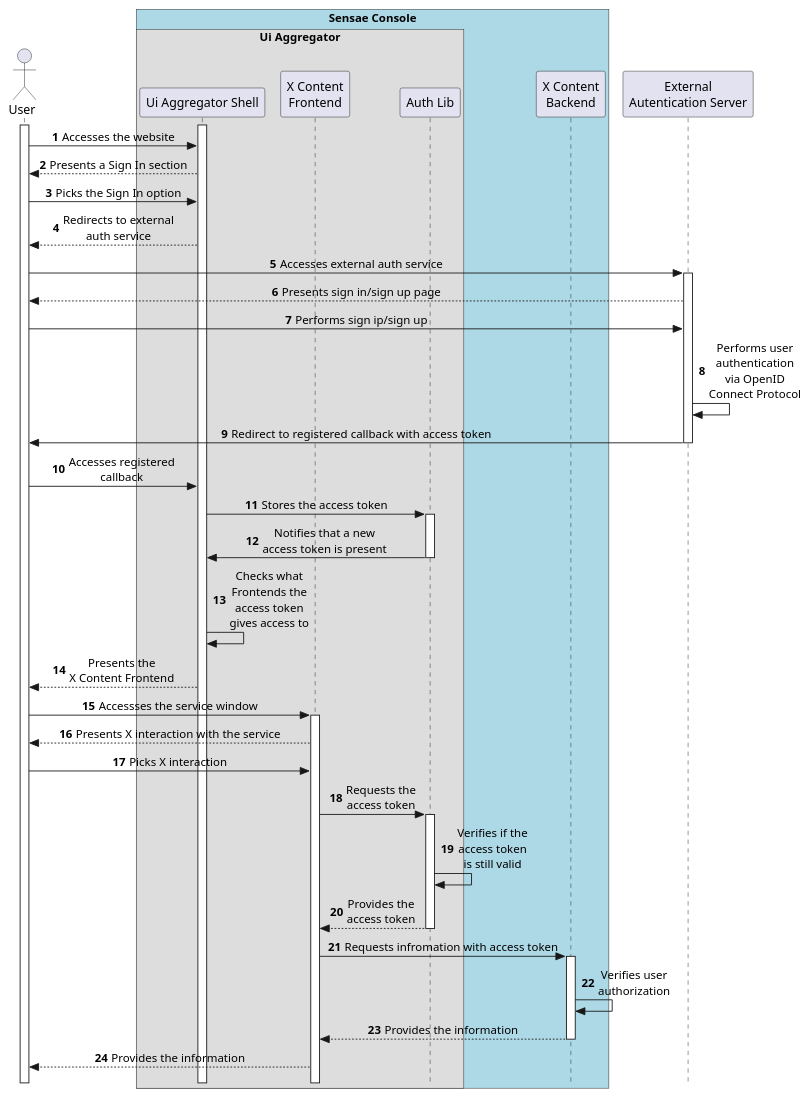
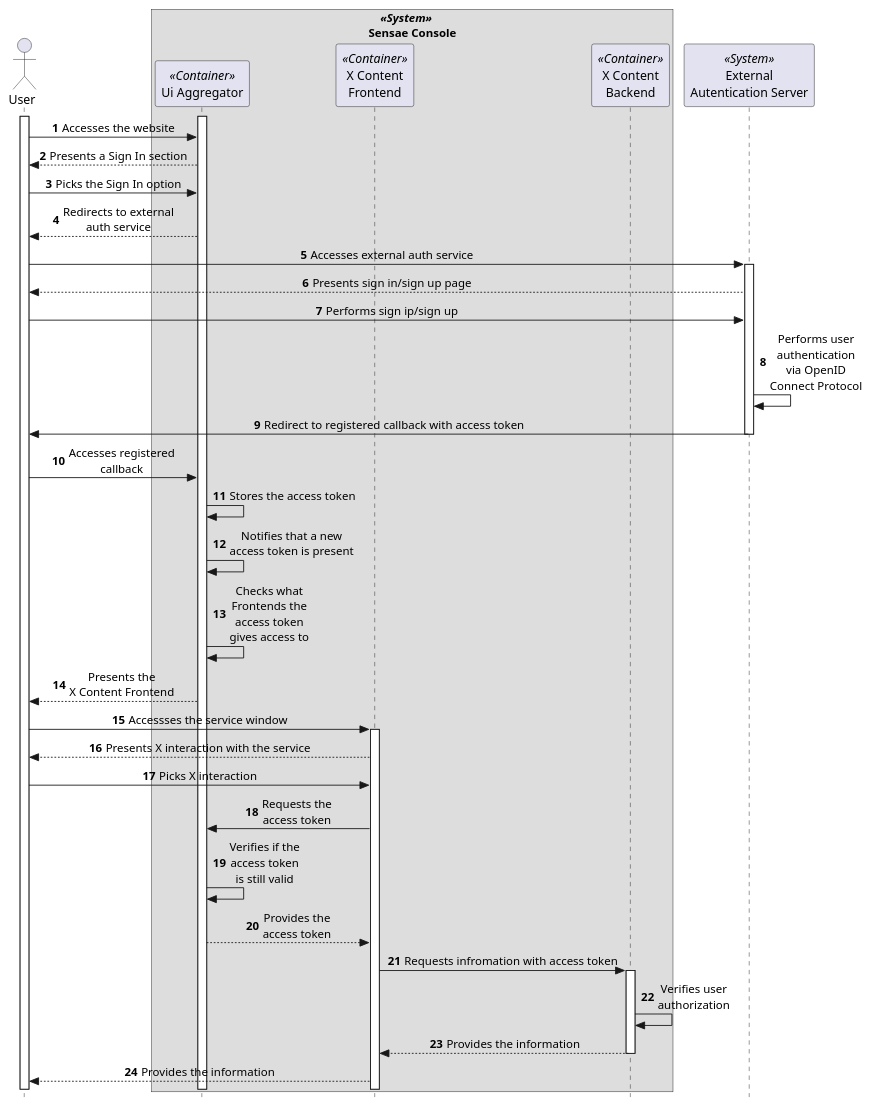
One commit to FilipeMCruz/dissertation changed the diagram in assets/diagrams/design/alternatives/auth/alternative2.pu. Above: the diagram before and after it, drawn with PlantUML. The commit also changed 165 other files, not shown here.

Commit message:
Fixed level 3 of design and some diagrams here and there

```diff
--- a/assets/diagrams/design/alternatives/auth/alternative2.pu
+++ b/assets/diagrams/design/alternatives/auth/alternative2.pu
@@ -1,55 +1,47 @@
 @startuml alternative2
 
 skinparam sequenceMessageAlign center
 skinparam style strictuml
 autonumber 1
-!pragma teoz true
 
 actor User
-box "Sensae Console" #LightBlue
-box "Ui Aggregator"
-participant "Ui Aggregator Shell" as AGGRE
-participant "X Content\nFrontend" as XFRONT
-participant "Auth Lib" as AUTHLIB
+box "    //<<System>>//\nSensae Console"
+participant "Ui Aggregator" as AGGRE <<Container>>
+participant "X Content\nFrontend" as XFRONT <<Container>>
+participant "X Content\nBackend" as XBACK <<Container>>
 end box
-participant "X Content\nBackend" as XBACK
-end box
-participant "External\nAutentication Server" as AUTHSERVER
+participant "External\nAutentication Server" as AUTHSERVER <<System>>
 
 activate AGGRE
 activate User
 
 User -> AGGRE: Accesses the website
 AGGRE --> User: Presents a Sign In section
 User -> AGGRE: Picks the Sign In option
 AGGRE --> User: Redirects to external\nauth service
 User -> AUTHSERVER: Accesses external auth service
 activate AUTHSERVER
 AUTHSERVER --> User: Presents sign in/sign up page
 User -> AUTHSERVER: Performs sign ip/sign up
 AUTHSERVER -> AUTHSERVER: Performs user\nauthentication\nvia OpenID\nConnect Protocol
 AUTHSERVER -> User: Redirect to registered callback with access token
 deactivate AUTHSERVER
 User -> AGGRE: Accesses registered\ncallback
-AGGRE -> AUTHLIB: Stores the access token
-activate AUTHLIB
-AUTHLIB -> AGGRE: Notifies that a new\naccess token is present
-deactivate AUTHLIB
+AGGRE -> AGGRE: Stores the access token
+AGGRE -> AGGRE: Notifies that a new\naccess token is present
 AGGRE -> AGGRE: Checks what\nFrontends the\naccess token\ngives access to
 AGGRE --> User: Presents the\nX Content Frontend
 User -> XFRONT: Accessses the service window
 activate XFRONT
 XFRONT --> User: Presents X interaction with the service
 User -> XFRONT: Picks X interaction
-XFRONT -> AUTHLIB: Requests the\naccess token
-activate AUTHLIB
-AUTHLIB -> AUTHLIB: Verifies if the\naccess token\nis still valid
-AUTHLIB --> XFRONT: Provides the\naccess token
-deactivate AUTHLIB
+XFRONT -> AGGRE: Requests the\naccess token
+AGGRE -> AGGRE: Verifies if the\naccess token\nis still valid
+AGGRE --> XFRONT: Provides the\naccess token
 XFRONT -> XBACK: Requests infromation with access token
 activate XBACK
 XBACK -> XBACK: Verifies user\nauthorization
 XBACK --> XFRONT: Provides the information
 deactivate XBACK
 XFRONT --> User: Provides the information
 @enduml
```
